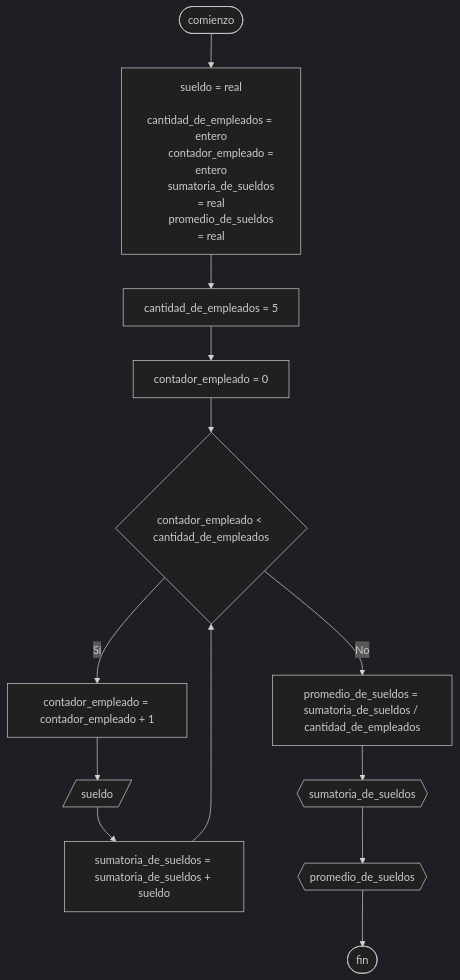
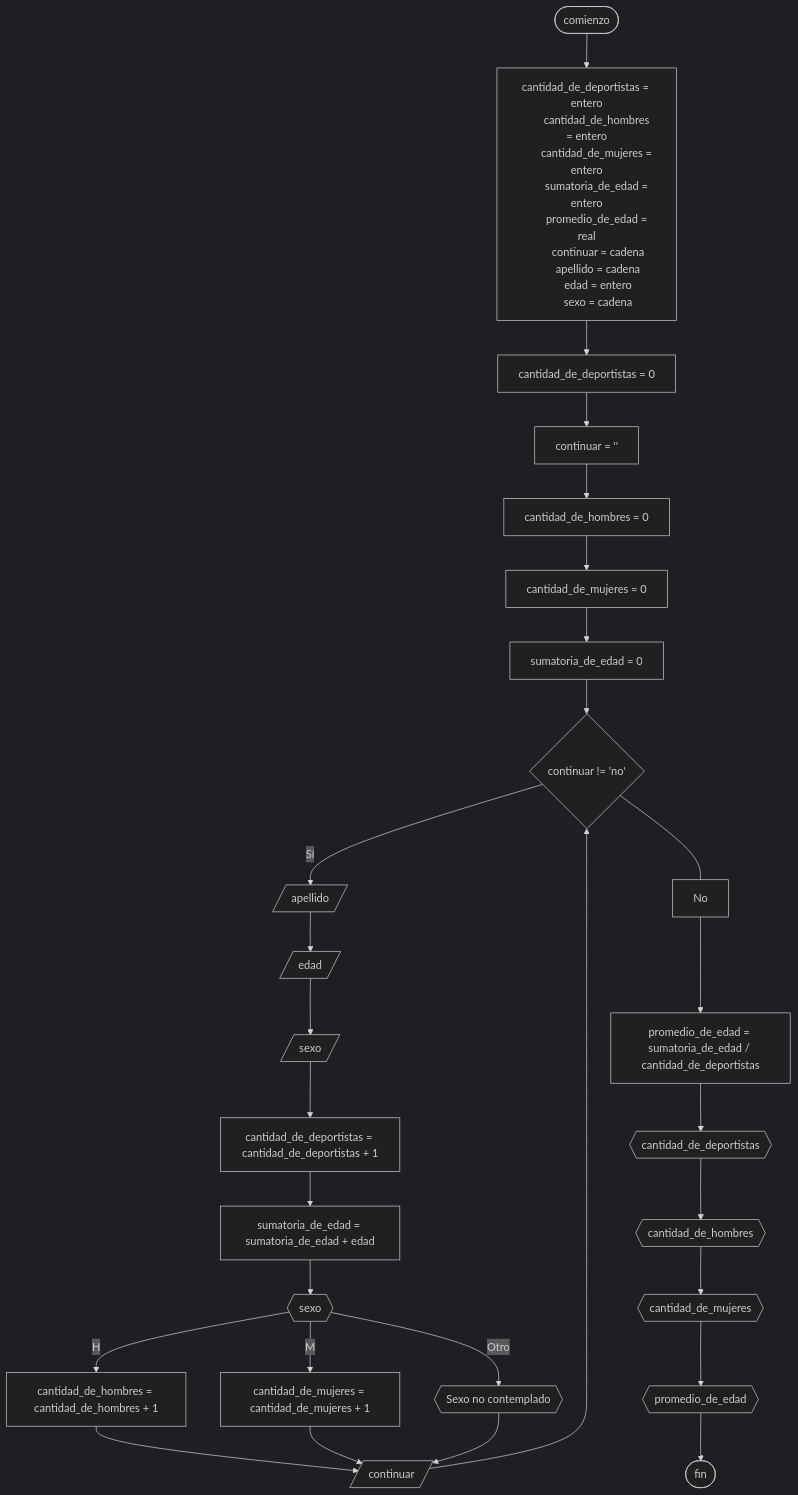
One commit to martinstanicio/ingenieria-en-sistemas changed the diagram in Algoritmos y Estructuras de Datos/Actividades/20240510 - Deportistas.md. Above: the diagram before and after it, drawn with Mermaid (dark theme). The commit also changed other lines of this file and 2 other files, not shown here.

Commit message:
vault backup: 2024-05-11 16:43:57

````diff
--- a/Algoritmos y Estructuras de Datos/Actividades/20240510 - Deportistas.md
+++ b/Algoritmos y Estructuras de Datos/Actividades/20240510 - Deportistas.md
@@ -55,33 +57,56 @@
 ```mermaid
 flowchart TB
 	comienzo([comienzo])
     
-	variables["`sueldo = real
-	cantidad_de_empleados = entero
-	contador_empleado = entero
-	sumatoria_de_sueldos = real
-	promedio_de_sueldos = real`"]
+	variables["`cantidad_de_deportistas = entero
+	cantidad_de_hombres = entero
+	cantidad_de_mujeres = entero
+	sumatoria_de_edad = entero
+	promedio_de_edad = real
+	continuar = cadena
+	apellido = cadena
+	edad = entero
+	sexo = cadena`"]
     
-    cantidad_de_empleados["cantidad_de_empleados = 5"]
-    contador_empleado["contador_empleado = 0"]
+    cantidad_de_deportistas["cantidad_de_deportistas = 0"]
+    continuar["continuar = ''"]
+    cantidad_de_hombres["cantidad_de_hombres = 0"]
+    cantidad_de_mujeres["cantidad_de_mujeres = 0"]
+    sumatoria_de_edad["sumatoria_de_edad = 0"]
     
-    mientras{"contador_empleado < cantidad_de_empleados"}
+    mientras{"continuar != 'no'"}
     
-    contador_empleado_suma["contador_empleado = contador_empleado + 1"]
+    apellido[/apellido/]
+    edad[/edad/]
+    sexo[/sexo/]
     
-    sueldo[/sueldo/]
+    cantidad_de_deportistas_suma["cantidad_de_deportistas = cantidad_de_deportistas + 1"]
     
-    sumatoria_de_sueldos["sumatoria_de_sueldos = sumatoria_de_sueldos + sueldo"]
+    sumatoria_de_edad_suma["sumatoria_de_edad = sumatoria_de_edad + edad"]
     
-    promedio_de_sueldos["promedio_de_sueldos = sumatoria_de_sueldos / cantidad_de_empleados"]
+    match{{sexo}}
     
-	mostrar_sumatoria{{sumatoria_de_sueldos}}
-	mostrar_promedio{{promedio_de_sueldos}}
+    H["cantidad_de_hombres = cantidad_de_hombres + 1"]
+    M["cantidad_de_mujeres = cantidad_de_mujeres + 1"]
+    otro{{"Sexo no contemplado"}}
+    
+    desea_continuar[/continuar/]
+    
+    promedio_de_edad["promedio_de_edad = sumatoria_de_edad / cantidad_de_deportistas"]
+    
+	mostrar_cantidad_de_deportistas{{cantidad_de_deportistas}}
+	mostrar_cantidad_de_hombres{{cantidad_de_hombres}}
+	mostrar_cantidad_de_mujeres{{cantidad_de_mujeres}}
+	mostrar_promedio_de_edad{{promedio_de_edad}}
 	
 	fin([fin])
     
-	comienzo --> variables --> cantidad_de_empleados --> contador_empleado --> mientras
-	mientras -- Sí --> contador_empleado_suma --> sueldo --> sumatoria_de_sueldos --> mientras
-	mientras -- No --> promedio_de_sueldos
-	promedio_de_sueldos --> mostrar_sumatoria --> mostrar_promedio --> fin
+	comienzo --> variables --> cantidad_de_deportistas --> continuar --> cantidad_de_hombres --> cantidad_de_mujeres --> sumatoria_de_edad --> mientras
+	mientras -- Sí --> apellido --> edad --> sexo --> cantidad_de_deportistas_suma --> sumatoria_de_edad_suma --> match
+	match -- "H" --> H
+	match -- "M" --> M
+	match -- "Otro" --> otro
+	H & M & otro --> desea_continuar --> mientras
+	mientras --- No ---> promedio_de_edad
+	promedio_de_edad --> mostrar_cantidad_de_deportistas --> mostrar_cantidad_de_hombres --> mostrar_cantidad_de_mujeres --> mostrar_promedio_de_edad --> fin
 ```
````
